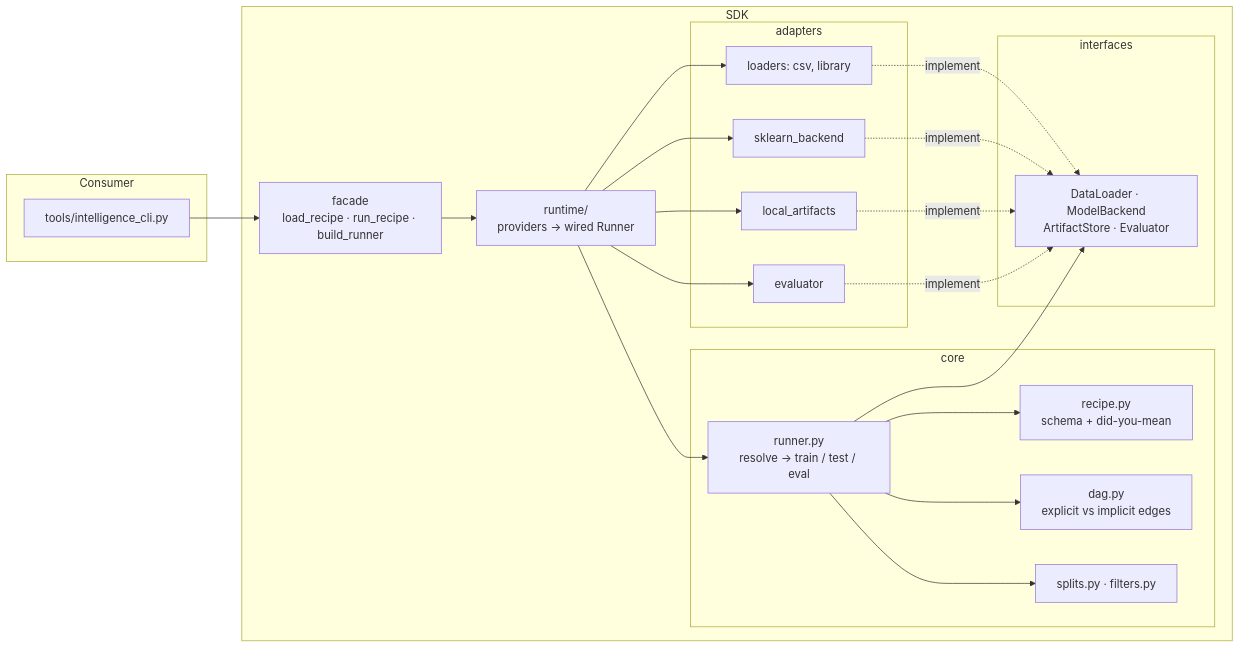
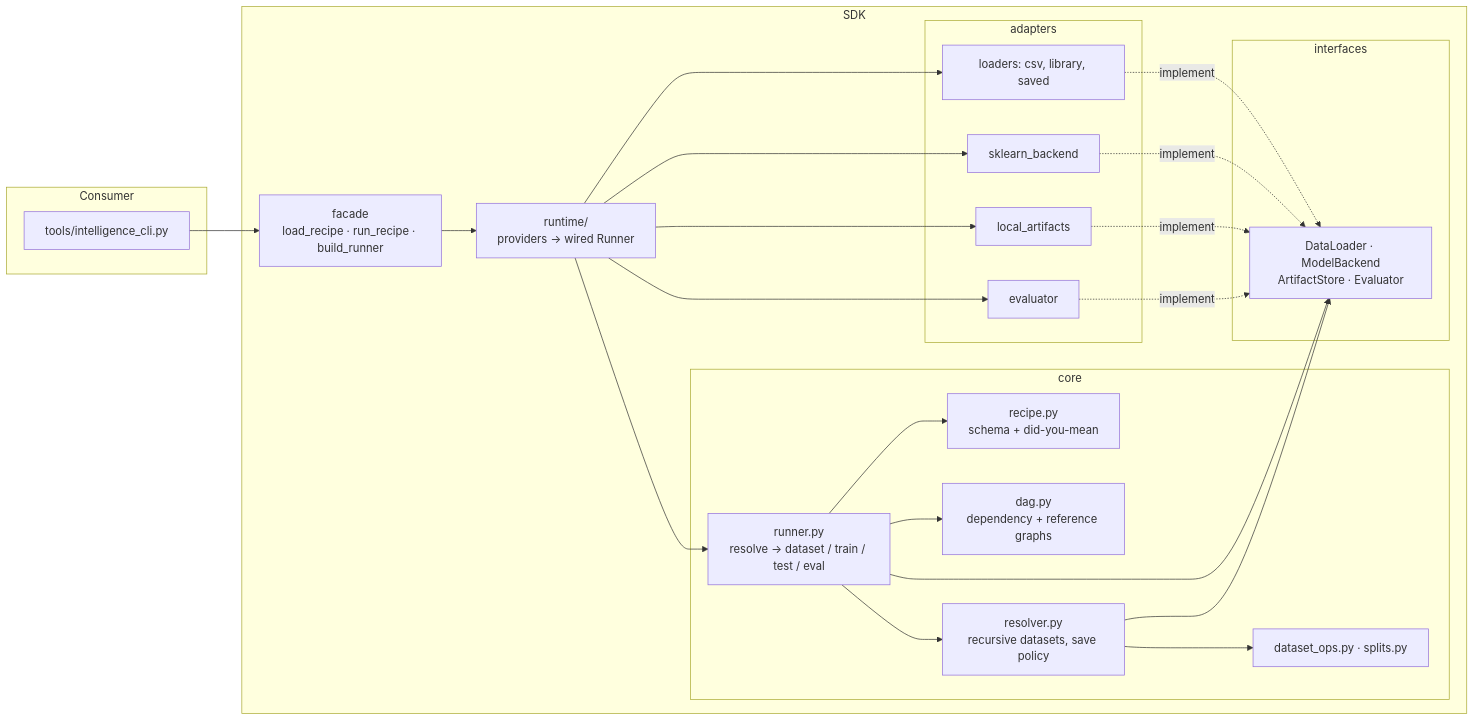
One commit to PS662/intelligence-sdk changed the diagram in docs/ARCHITECTURE.md. Above: the diagram before and after it, drawn with Mermaid. The commit also changed other lines of this file and 34 other files, not shown here.

Commit message:
Refactor: - Dataset centric recipes, introduce referencial datasets - DAG and visited checks - Node and recipe execution modes - Get rid of data leakage and versioning

````diff
--- a/docs/ARCHITECTURE.md
+++ b/docs/ARCHITECTURE.md
@@ -9,31 +9,34 @@
 ```mermaid
 flowchart LR
     subgraph Consumer
         CLI[tools/intelligence_cli.py]
     end
     subgraph SDK
         F[facade<br/>load_recipe · run_recipe · build_runner]
         RT[runtime/<br/>providers → wired Runner]
         subgraph core
             R[recipe.py<br/>schema + did-you-mean]
-            D[dag.py<br/>explicit vs implicit edges]
-            RU[runner.py<br/>resolve → train / test / eval]
-            S[splits.py · filters.py]
+            D[dag.py<br/>dependency + reference graphs]
+            RS[resolver.py<br/>recursive datasets, save policy]
+            RU[runner.py<br/>resolve → dataset / train / test / eval]
+            S[dataset_ops.py · splits.py]
         end
         subgraph interfaces
             I[DataLoader · ModelBackend<br/>ArtifactStore · Evaluator]
         end
         subgraph adapters
-            A1[loaders: csv, library]
+            A1[loaders: csv, library, saved]
             A2[sklearn_backend]
             A3[local_artifacts]
             A4[evaluator]
         end
     end
     CLI --> F --> RT
     RT --> RU
     RT --> A1 & A2 & A3 & A4
-    RU --> R & D & S
+    RU --> R & D & RS
+    RS --> S
     RU --> I
+    RS --> I
     A1 & A2 & A3 & A4 -.implement.-> I
 ```
````
